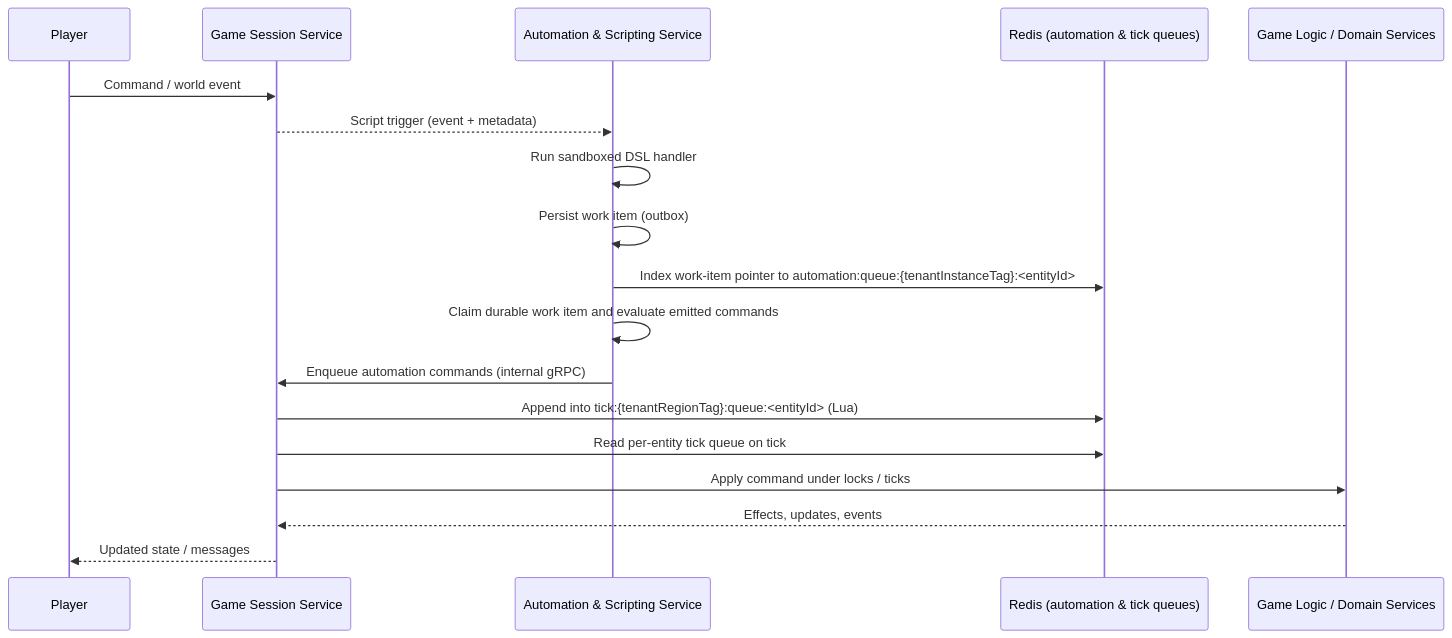
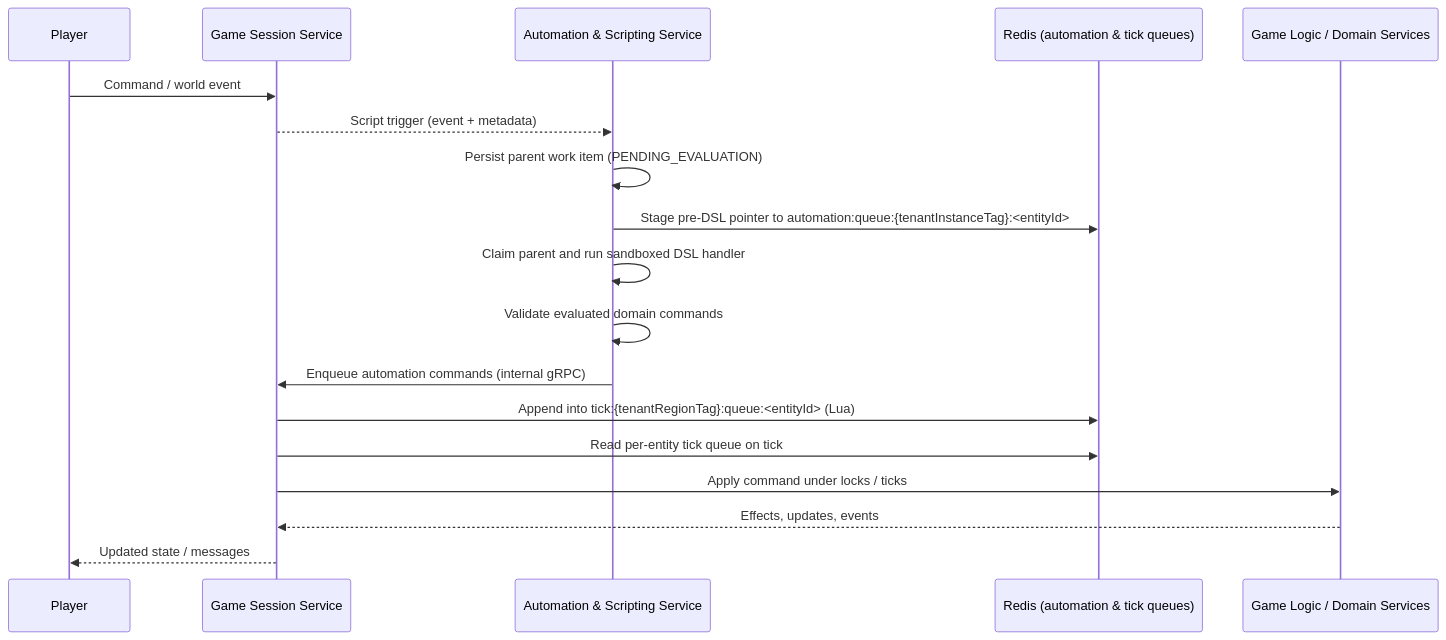
Before and after one commit to benhook1013/FireMUD: the diagram in design/architecture/system-architecture-scripting.md, drawn with Mermaid. The commit also changed other lines of this file and 4 other files, not shown here.

````diff
--- a/design/architecture/system-architecture-scripting.md
+++ b/design/architecture/system-architecture-scripting.md
@@ -168,21 +168,21 @@
 ```mermaid
 sequenceDiagram
     participant Player
     participant GameSession as Game Session Service
     participant Scripting as Automation & Scripting Service
     participant Redis as Redis (automation & tick queues)
     participant GameLogic as Game Logic / Domain Services
 
     Player->>GameSession: Command / world event
     GameSession-->>Scripting: Script trigger (event + metadata)
-    Scripting->>Scripting: Run sandboxed DSL handler
-    Scripting->>Scripting: Persist work item (outbox)
-    Scripting->>Redis: Index work-item pointer to automation:queue:{tenantInstanceTag}:<entityId>
-    Scripting->>Scripting: Claim durable work item and evaluate emitted commands
+    Scripting->>Scripting: Persist parent work item (PENDING_EVALUATION)
+    Scripting->>Redis: Stage pre-DSL pointer to automation:queue:{tenantInstanceTag}:<entityId>
+    Scripting->>Scripting: Claim parent and run sandboxed DSL handler
+    Scripting->>Scripting: Validate evaluated domain commands
     Scripting->>GameSession: Enqueue automation commands (internal gRPC)
     GameSession->>Redis: Append into tick:{tenantRegionTag}:queue:<entityId> (Lua)
     GameSession->>Redis: Read per-entity tick queue on tick
     GameSession->>GameLogic: Apply command under locks / ticks
     GameLogic-->>GameSession: Effects, updates, events
     GameSession-->>Player: Updated state / messages
 ```
````
